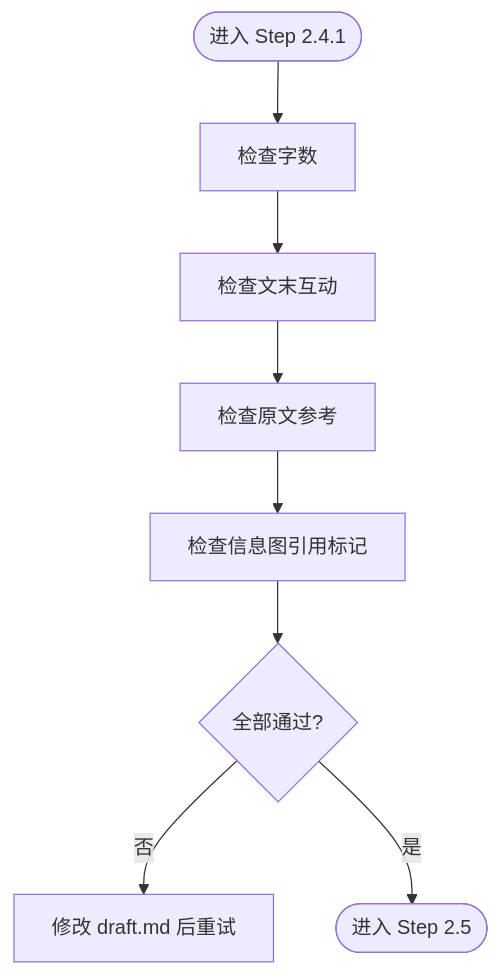
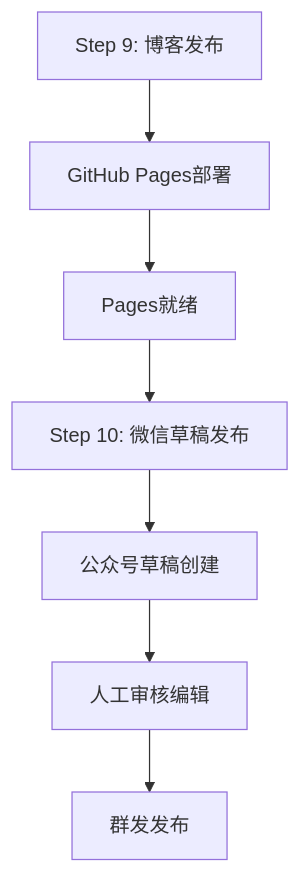
The sixth of 7 diagrams in .qoder/repowiki/zh/content/AI 技能系统/发布自动化技能/微信文章写作管线.md (NTLx/ntlx.github.io), drawn with Mermaid before and after one commit. The commit also changed other lines of this file and 8 other files, not shown here.

````diff
--- a/.qoder/repowiki/zh/content/AI 技能系统/发布自动化技能/微信文章写作管线.md
+++ b/.qoder/repowiki/zh/content/AI 技能系统/发布自动化技能/微信文章写作管线.md
@@ -369,10 +248,9 @@
 ```mermaid
 flowchart TD
-QStart(["进入 Step 2.4.1"]) --> Check1["检查字数"]
-Check1 --> Check2["检查文末互动"]
-Check2 --> Check3["检查原文参考"]
-Check3 --> Check4["检查信息图引用标记"]
-Check4 --> Pass{"全部通过?"}
-Pass --> |否| Fix["修改 draft.md 后重试"]
-Pass --> |是| QEnd(["进入 Step 2.5"])
+Blog["Step 9: 博客发布"] --> Pages["GitHub Pages部署"]
+Pages --> Ready["Pages就绪"]
+Ready --> WeChat["Step 10: 微信草稿发布"]
+WeChat --> Draft["公众号草稿创建"]
+Draft --> Review["人工审核编辑"]
+Review --> Publish["群发发布"]
 ```
````
